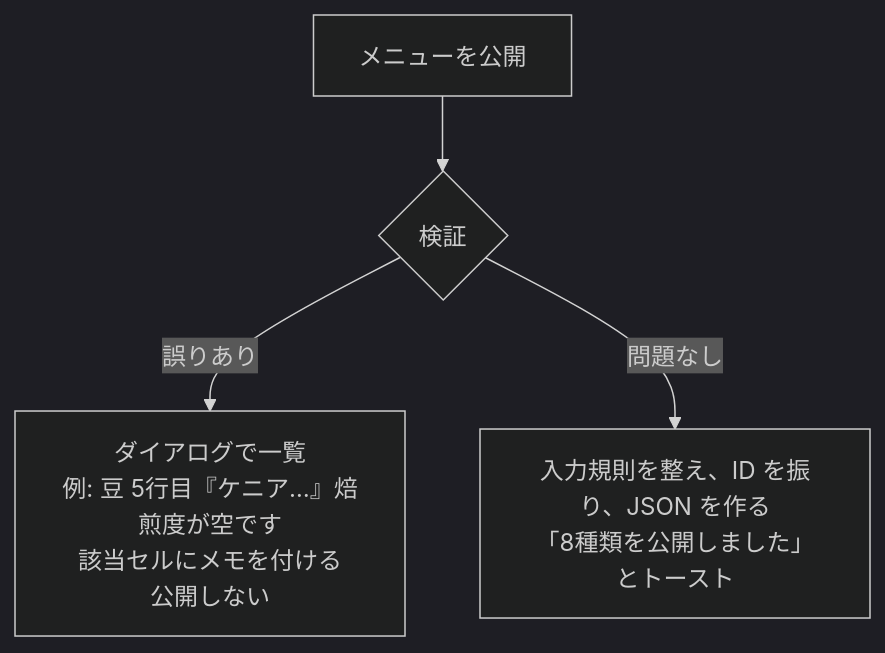
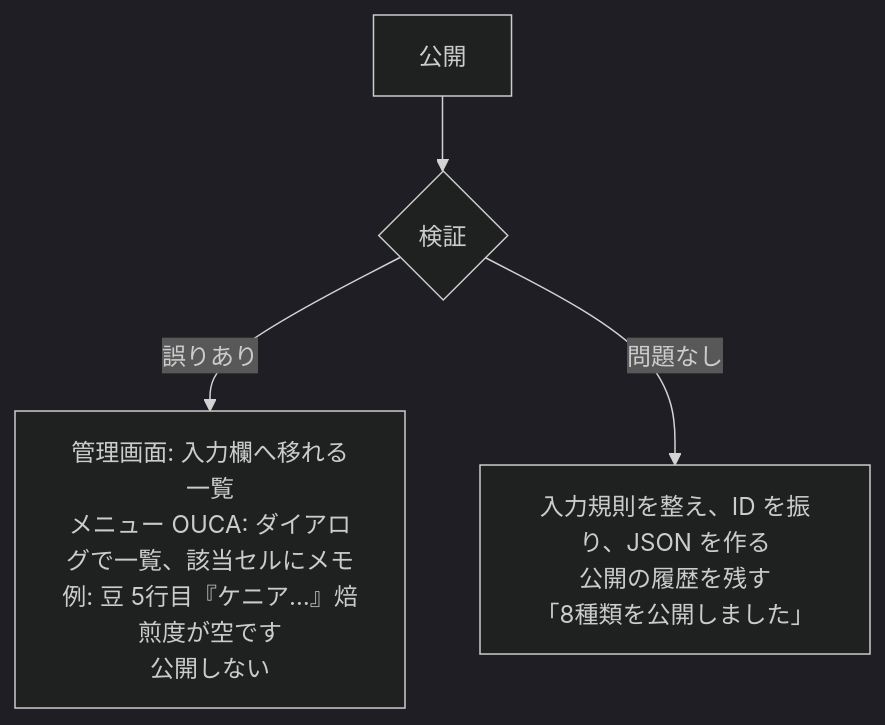
Before and after one commit to yuk-wq/ouca: the second of 5 diagrams in docs/to-be/design.md, drawn with Mermaid (dark theme). The commit also changed other lines of this file and 1 other file, not shown here.

````diff
--- a/docs/to-be/design.md
+++ b/docs/to-be/design.md
@@ -352,6 +390,6 @@
 ```mermaid
 flowchart TB
-  A["メニューを公開"] --> B{"検証"}
-  B -->|"誤りあり"| C["ダイアログで一覧<br/>例: 豆 5行目『ケニア…』焙煎度が空です<br/>該当セルにメモを付ける<br/>公開しない"]
-  B -->|"問題なし"| D["入力規則を整え、ID を振り、JSON を作る<br/>「8種類を公開しました」とトースト"]
+  A["公開"] --> B{"検証"}
+  B -->|"誤りあり"| C["管理画面: 入力欄へ移れる一覧<br/>メニュー OUCA: ダイアログで一覧、該当セルにメモ<br/>例: 豆 5行目『ケニア…』焙煎度が空です<br/>公開しない"]
+  B -->|"問題なし"| D["入力規則を整え、ID を振り、JSON を作る<br/>公開の履歴を残す<br/>「8種類を公開しました」"]
 ```
````
